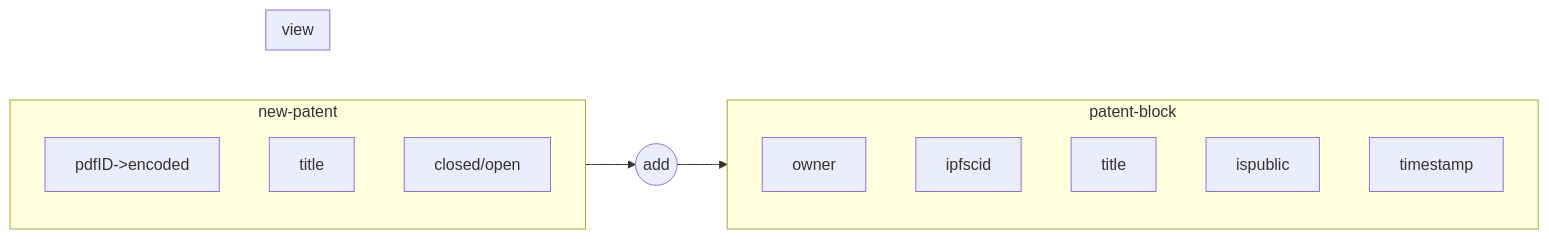
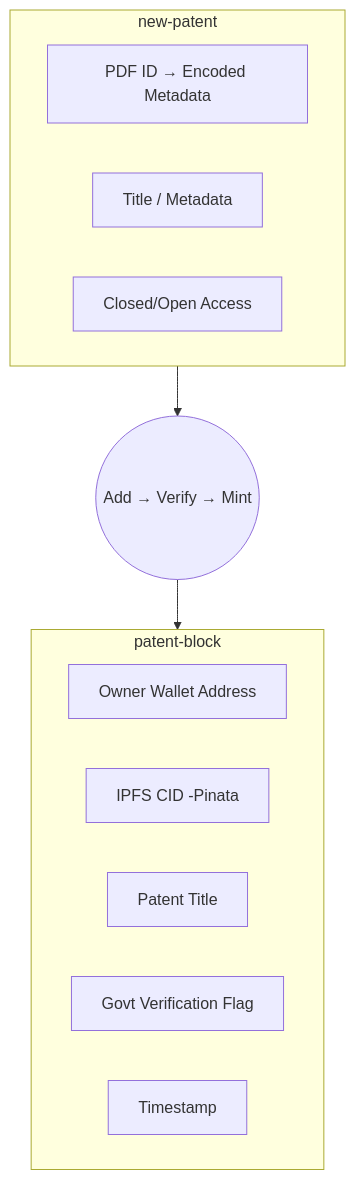
Before and after one commit to NEXBIT-X/CLAIM: the diagram in README.md, drawn with Mermaid. The commit also changed other lines of this file, not shown here.

````diff
--- a/README.md
+++ b/README.md
@@ -18,22 +67,18 @@
 ```mermaid
-graph LR
+graph TD
 subgraph patent-block
-   a[owner]
-   b[ipfscid]
-   c[title]
-   d[ispublic]
-   e[timestamp]
+   a[Owner Wallet Address]
+   b[IPFS CID -Pinata]
+   c[Patent Title]
+   d[Govt Verification Flag]
+   e[Timestamp]
 end
 
 subgraph new-patent
-    f[pdfID->encoded]
-    g[title]
-    h[closed/open]
+    f[PDF ID → Encoded Metadata]
+    g[Title / Metadata]
+    h[Closed/Open Access]
 end
 new-patent-->i
-    i((add))-->patent-block
-    
-subgraph view
-
-end
+i((Add → Verify → Mint))-->patent-block
 ```
````
